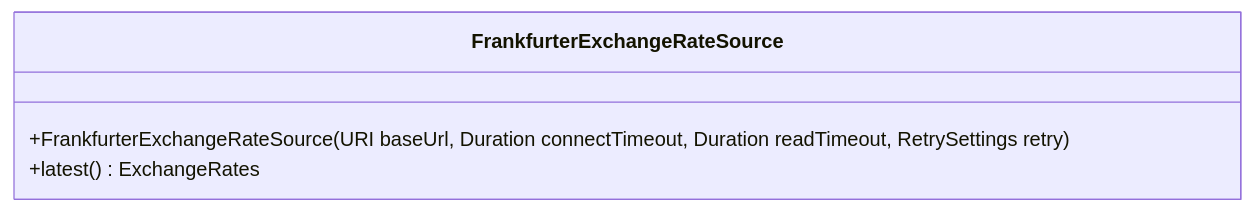
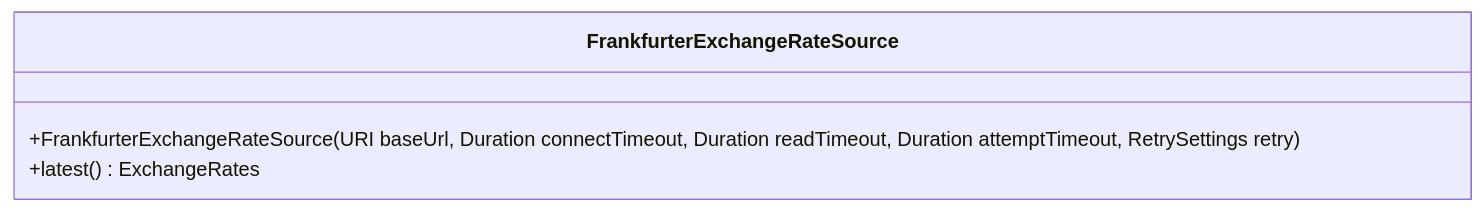
The third of 3 diagrams in docs/architecture/packages/flight-aggregator/ingestion-infrastructure-out-provider.md (andresps980/flight-aggregator), drawn with Mermaid before and after one commit. The commit also changed other lines of this file and 26 other files, not shown here.

````diff
--- a/docs/architecture/packages/flight-aggregator/ingestion-infrastructure-out-provider.md
+++ b/docs/architecture/packages/flight-aggregator/ingestion-infrastructure-out-provider.md
@@ -123,8 +123,8 @@
 ```mermaid
 classDiagram
     %% package: com.andresps.flights.ingestion.infrastructure.adapter.out.fx
     class FrankfurterExchangeRateSource {
-        +FrankfurterExchangeRateSource(URI baseUrl, Duration connectTimeout, Duration readTimeout, RetrySettings retry)
+        +FrankfurterExchangeRateSource(URI baseUrl, Duration connectTimeout, Duration readTimeout, Duration attemptTimeout, RetrySettings retry)
         +latest() ExchangeRates
     }
 ```
````
